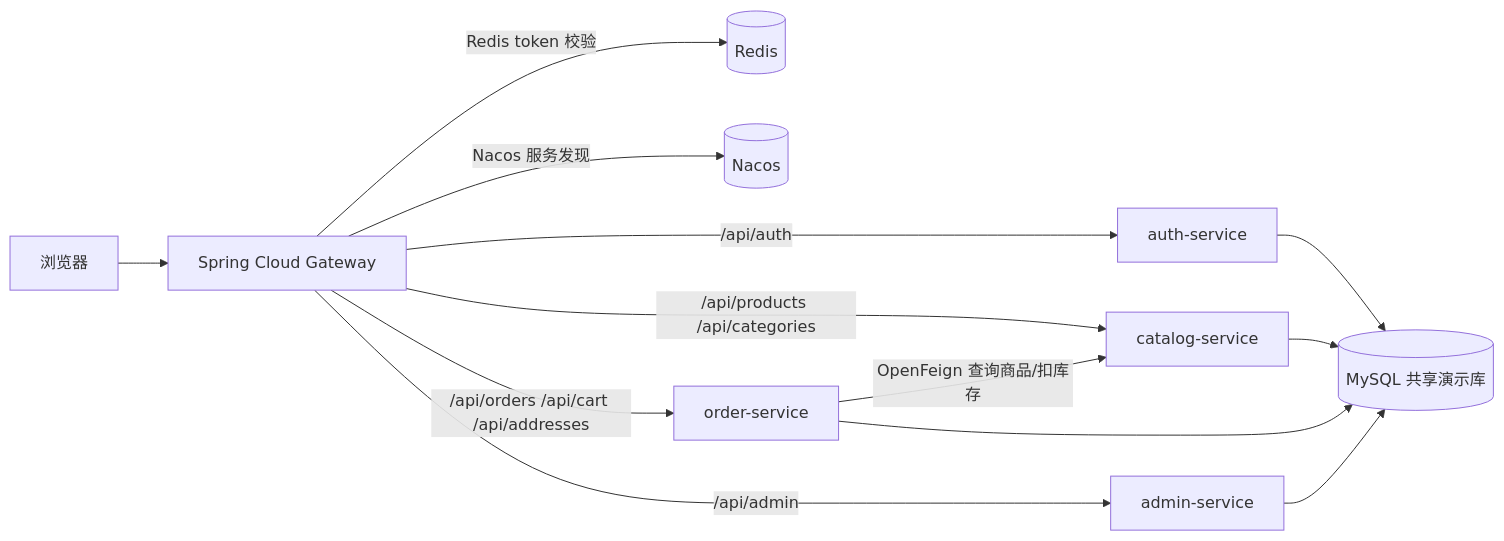
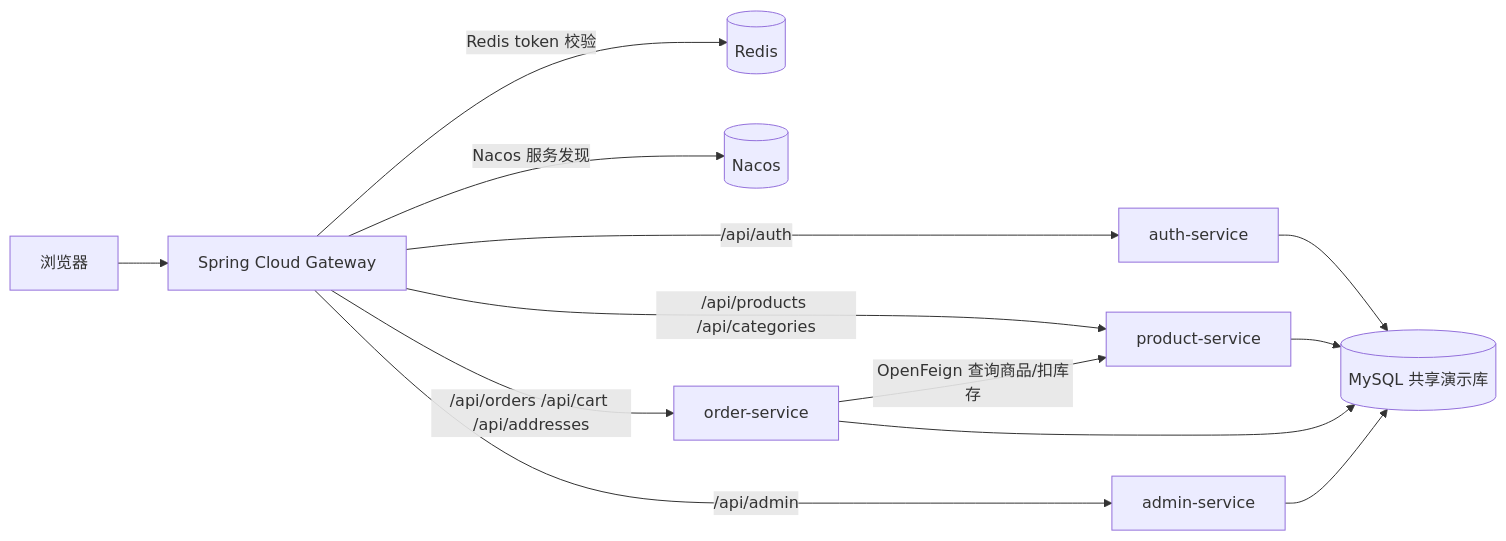
One commit to oohyees/neu-web-ecommerce-coursework changed the second of 5 diagrams in docs/course/实验报告.md. Above: the diagram before and after it, drawn with Mermaid. The commit also changed other lines of this file and 378 other files, not shown here.

````diff
--- a/docs/course/实验报告.md
+++ b/docs/course/实验报告.md
@@ -102,15 +102,15 @@
 ```mermaid
 flowchart LR
   Browser[浏览器] --> G[Spring Cloud Gateway]
   G -->|Redis token 校验| R[(Redis)]
   G -->|Nacos 服务发现| Nacos[(Nacos)]
   G -->|/api/auth| Auth[auth-service]
-  G -->|/api/products /api/categories| Catalog[catalog-service]
+  G -->|/api/products /api/categories| Product[product-service]
   G -->|/api/orders /api/cart /api/addresses| Order[order-service]
   G -->|/api/admin| Admin[admin-service]
-  Order -->|OpenFeign 查询商品/扣库存| Catalog
+  Order -->|OpenFeign 查询商品/扣库存| Product
   Auth --> DB[(MySQL 共享演示库)]
-  Catalog --> DB
+  Product --> DB
   Order --> DB
   Admin --> DB
 ```
````
